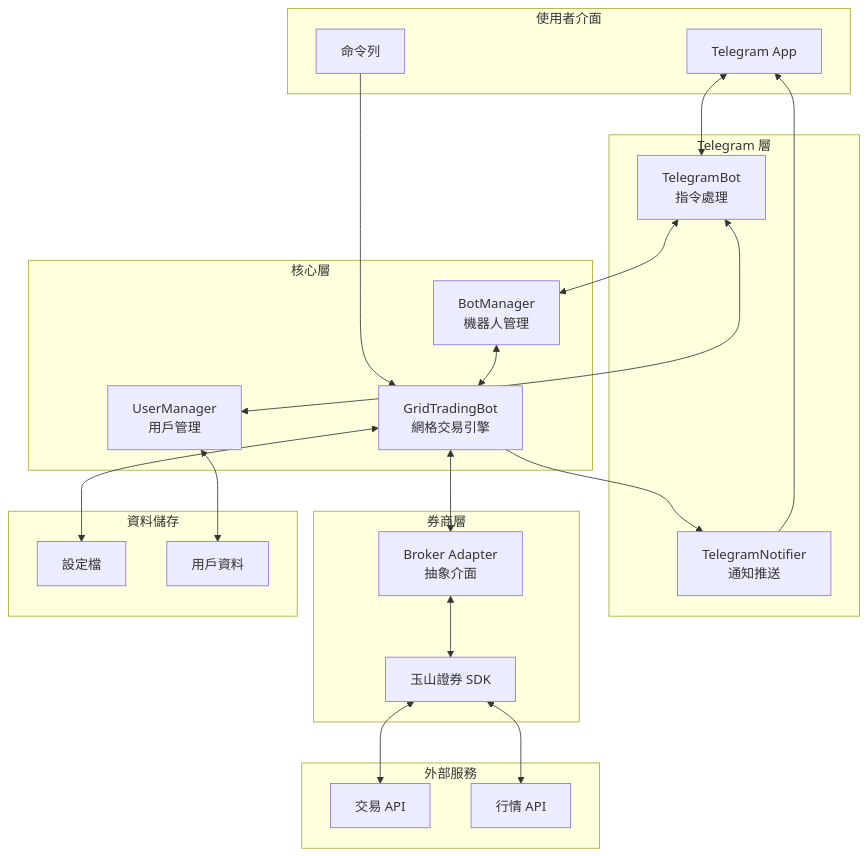
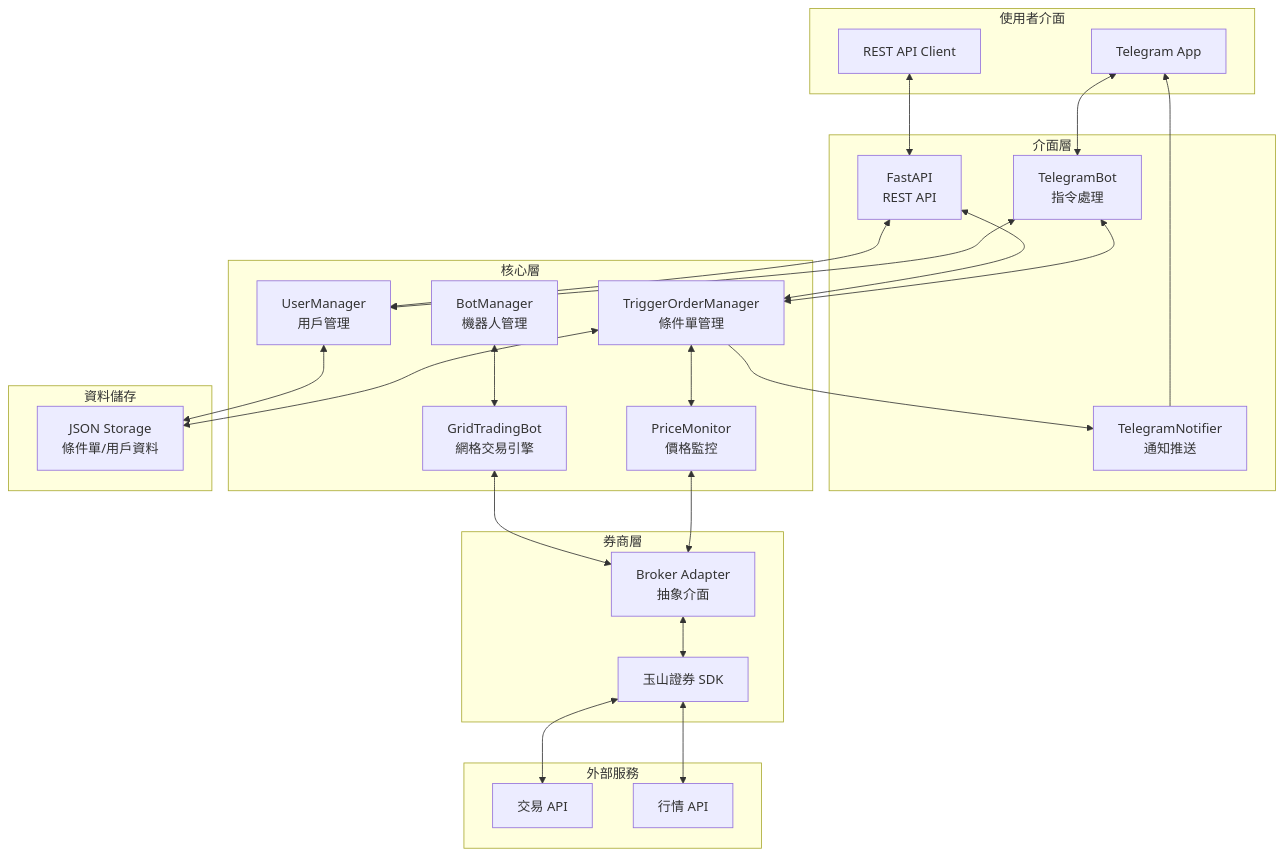
One commit to a21780816/GridPilot changed the first of 2 diagrams in README.md. Above: the diagram before and after it, drawn with Mermaid. The commit also changed other lines of this file and 4 other files, not shown here.

````diff
--- a/README.md
+++ b/README.md
@@ -17,47 +28,53 @@
 ```mermaid
 flowchart TB
     subgraph User["使用者介面"]
         TG[Telegram App]
-        CLI[命令列]
+        API[REST API Client]
     end
 
-    subgraph TelegramLayer["Telegram 層"]
+    subgraph Interface["介面層"]
         TB[TelegramBot<br/>指令處理]
+        FA[FastAPI<br/>REST API]
         TN[TelegramNotifier<br/>通知推送]
     end
 
     subgraph CoreLayer["核心層"]
+        TOM[TriggerOrderManager<br/>條件單管理]
+        PM[PriceMonitor<br/>價格監控]
         BM[BotManager<br/>機器人管理]
         UM[UserManager<br/>用戶管理]
         GTB[GridTradingBot<br/>網格交易引擎]
     end
 
     subgraph BrokerLayer["券商層"]
         BA[Broker Adapter<br/>抽象介面]
         ESUN[玉山證券 SDK]
     end
 
     subgraph External["外部服務"]
         TRADE[交易 API]
         MARKET[行情 API]
     end
 
     subgraph Storage["資料儲存"]
-        CONFIG[設定檔]
-        USERS[用戶資料]
+        JSON[JSON Storage<br/>條件單/用戶資料]
     end
 
     TG <--> TB
-    CLI --> GTB
-    TB <--> BM
+    API <--> FA
+    TB <--> TOM
+    FA <--> TOM
     TB <--> UM
+    FA <--> UM
+    TOM <--> PM
+    PM <--> BA
+    TOM --> TN
+    TN --> TG
     BM <--> GTB
-    GTB --> TN
-    TN --> TG
-    UM <--> USERS
     GTB <--> BA
     BA <--> ESUN
     ESUN <--> TRADE
     ESUN <--> MARKET
-    GTB <--> CONFIG
+    TOM <--> JSON
+    UM <--> JSON
 ```
````
